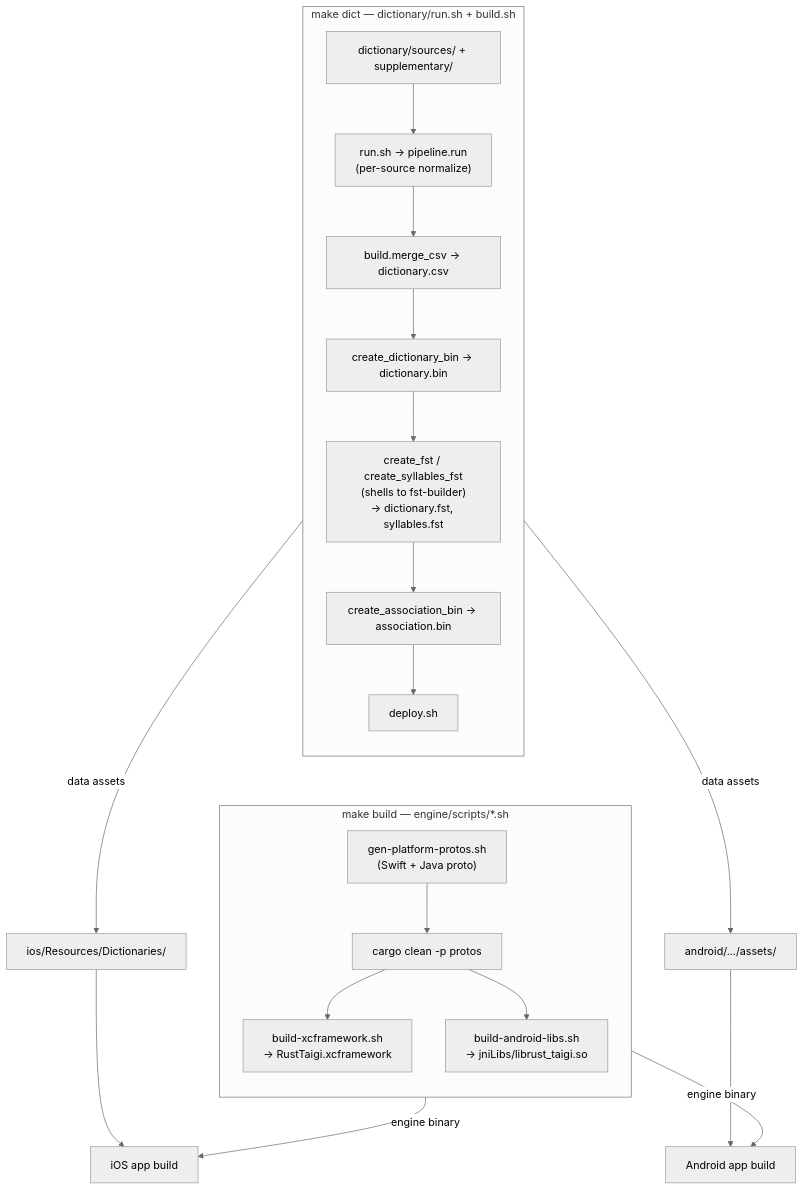
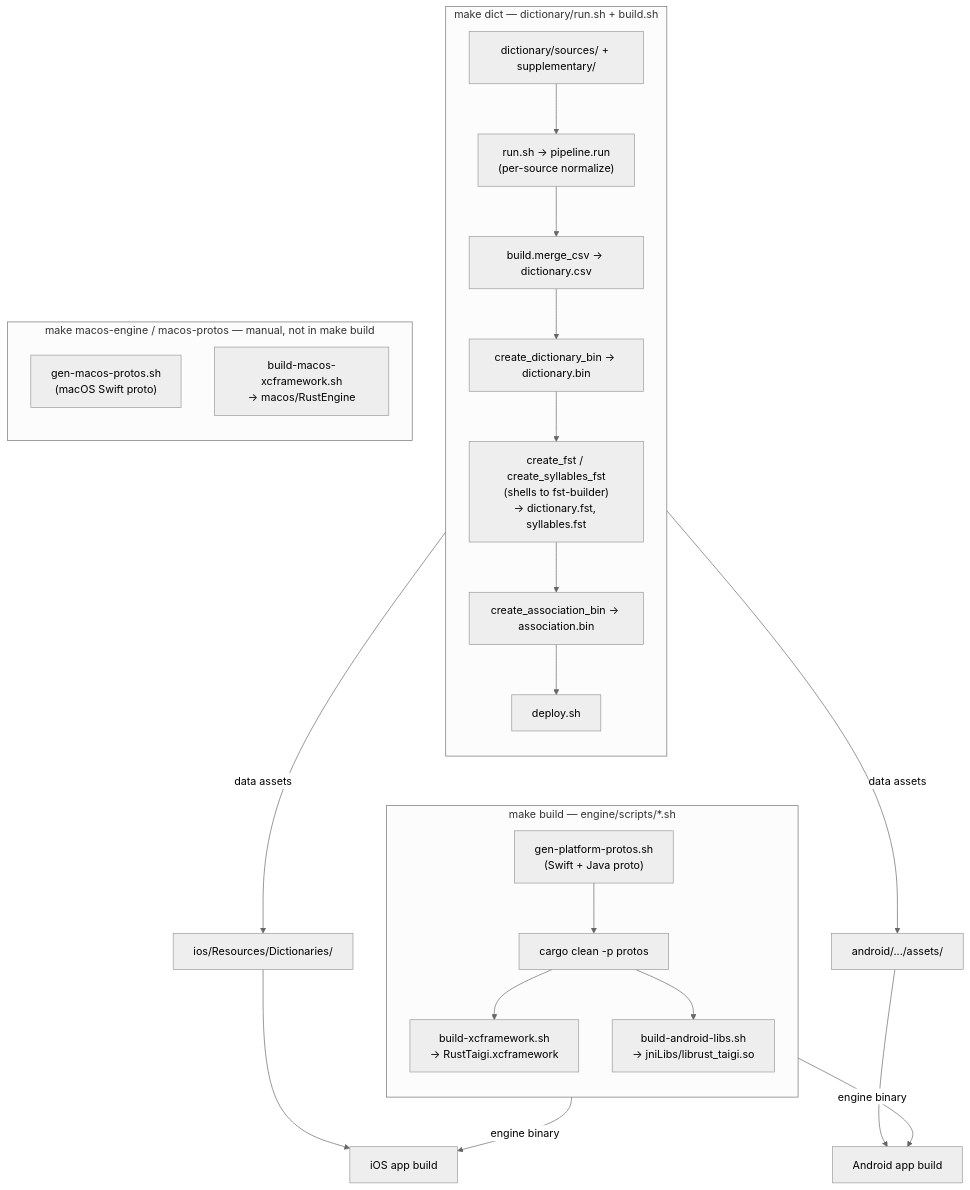
The third of 4 diagrams in docs/architecture/system-overview.md (taigikeyboard/taigikeyboard), drawn with Mermaid (neutral theme) before and after one commit. The commit also changed 24 other files, not shown here.

First line of the commit message:
build(macos): engine build surface for macOS IME (PR1) (#514)

````diff
--- a/docs/architecture/system-overview.md
+++ b/docs/architecture/system-overview.md
@@ -93,30 +93,35 @@
 ```mermaid
 flowchart TD
     subgraph dictpipe["make dict — dictionary/run.sh + build.sh"]
         direction TB
         src["dictionary/sources/ + supplementary/"]
         pipe["run.sh → pipeline.run<br/>(per-source normalize)"]
         merge["build.merge_csv → dictionary.csv"]
         binw["create_dictionary_bin → dictionary.bin"]
         fstw["create_fst / create_syllables_fst<br/>(shells to fst-builder)<br/>→ dictionary.fst, syllables.fst"]
         assoc["create_association_bin → association.bin"]
         dep["deploy.sh"]
         src --> pipe --> merge --> binw --> fstw --> assoc --> dep
     end
     subgraph buildpipe["make build — engine/scripts/*.sh"]
         direction TB
         proto["gen-platform-protos.sh<br/>(Swift + Java proto)"]
         clean["cargo clean -p protos"]
         xcf["build-xcframework.sh<br/>→ RustTaigi.xcframework"]
         jnib["build-android-libs.sh<br/>→ jniLibs/librust_taigi.so"]
         proto --> clean --> xcf
         clean --> jnib
     end
+    subgraph macospipe["make macos-engine / macos-protos — manual, not in make build"]
+        direction TB
+        mproto["gen-macos-protos.sh<br/>(macOS Swift proto)"]
+        mxcf["build-macos-xcframework.sh<br/>→ macos/RustEngine"]
+    end
 
     dep -->|data assets| iosBundle["ios/Resources/Dictionaries/"]
     dep -->|data assets| andAssets["android/.../assets/"]
     xcf -->|engine binary| iosApp["iOS app build"]
     jnib -->|engine binary| andApp["Android app build"]
     iosBundle --> iosApp
     andAssets --> andApp
 ```
````
